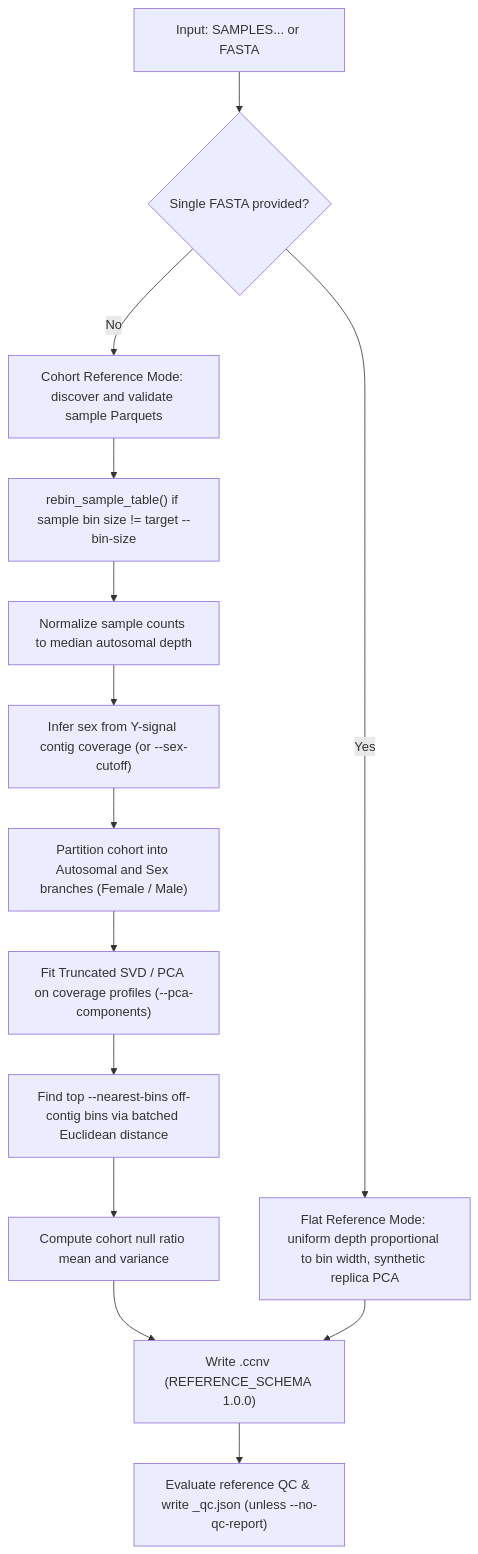
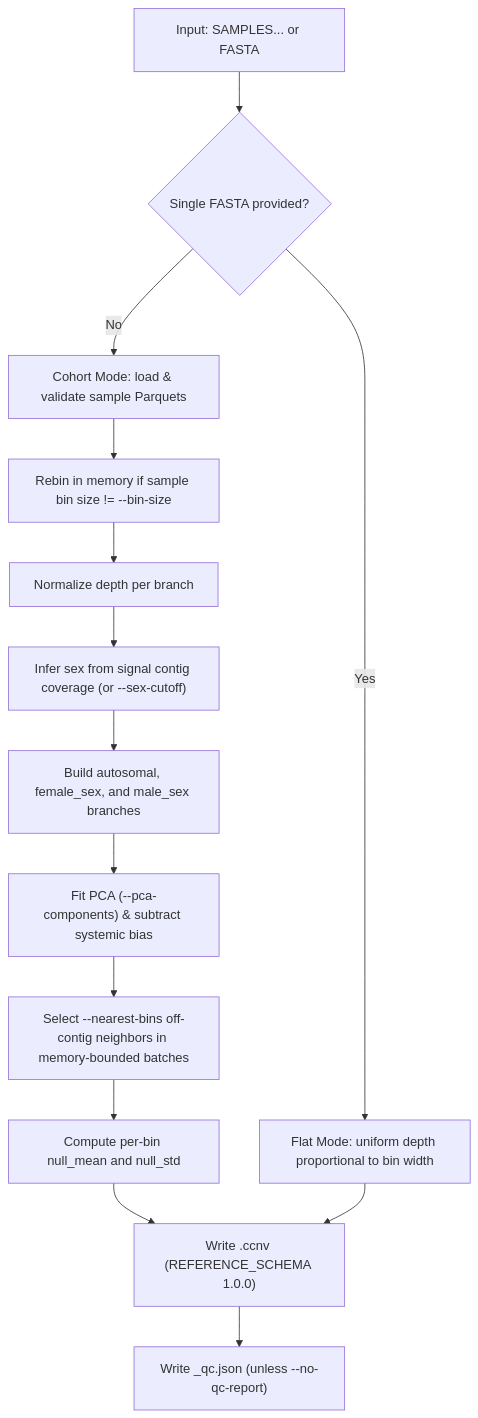
Before and after one commit to matthdsm/ccnv: the third of 4 diagrams in docs/pipeline.md, drawn with Mermaid. The commit also changed other lines of this file and 29 other files, not shown here.

````diff
--- a/docs/pipeline.md
+++ b/docs/pipeline.md
@@ -61,16 +55,16 @@
 ```mermaid
 flowchart TD
     InputArg["Input: SAMPLES... or FASTA"] --> ModeDecision{"Single FASTA provided?"}
-    ModeDecision -- Yes --> FlatMode["Flat Reference Mode: uniform depth proportional to bin width, synthetic replica PCA"]
-    ModeDecision -- No --> CohortMode["Cohort Reference Mode: discover and validate sample Parquets"]
-    CohortMode --> RebinCheck["rebin_sample_table() if sample bin size != target --bin-size"]
-    RebinCheck --> DepthNorm["Normalize sample counts to median autosomal depth"]
-    DepthNorm --> SexInference["Infer sex from Y-signal contig coverage (or --sex-cutoff)"]
-    SexInference --> BranchPartition["Partition cohort into Autosomal and Sex branches (Female / Male)"]
-    BranchPartition --> FitPCA["Fit Truncated SVD / PCA on coverage profiles (--pca-components)"]
-    FitPCA --> FitNearest["Find top --nearest-bins off-contig bins via batched Euclidean distance"]
-    FitNearest --> FitNull["Compute cohort null ratio mean and variance"]
+    ModeDecision -- Yes --> FlatMode["Flat Mode: uniform depth proportional to bin width"]
+    ModeDecision -- No --> CohortMode["Cohort Mode: load & validate sample Parquets"]
+    CohortMode --> RebinCheck["Rebin in memory if sample bin size != --bin-size"]
+    RebinCheck --> DepthNorm["Normalize depth per branch"]
+    DepthNorm --> SexInference["Infer sex from signal contig coverage (or --sex-cutoff)"]
+    SexInference --> BranchPartition["Build autosomal, female_sex, and male_sex branches"]
+    BranchPartition --> FitPCA["Fit PCA (--pca-components) & subtract systemic bias"]
+    FitPCA --> FitNearest["Select --nearest-bins off-contig neighbors in memory-bounded batches"]
+    FitNearest --> FitNull["Compute per-bin null_mean and null_std"]
     FitNull --> WriteRef["Write <prefix>.ccnv (REFERENCE_SCHEMA 1.0.0)"]
-    WriteRef --> WriteQC["Evaluate reference QC & write <prefix>_qc.json (unless --no-qc-report)"]
+    WriteRef --> WriteQC["Write <prefix>_qc.json (unless --no-qc-report)"]
     FlatMode --> WriteRef
 ```
````
